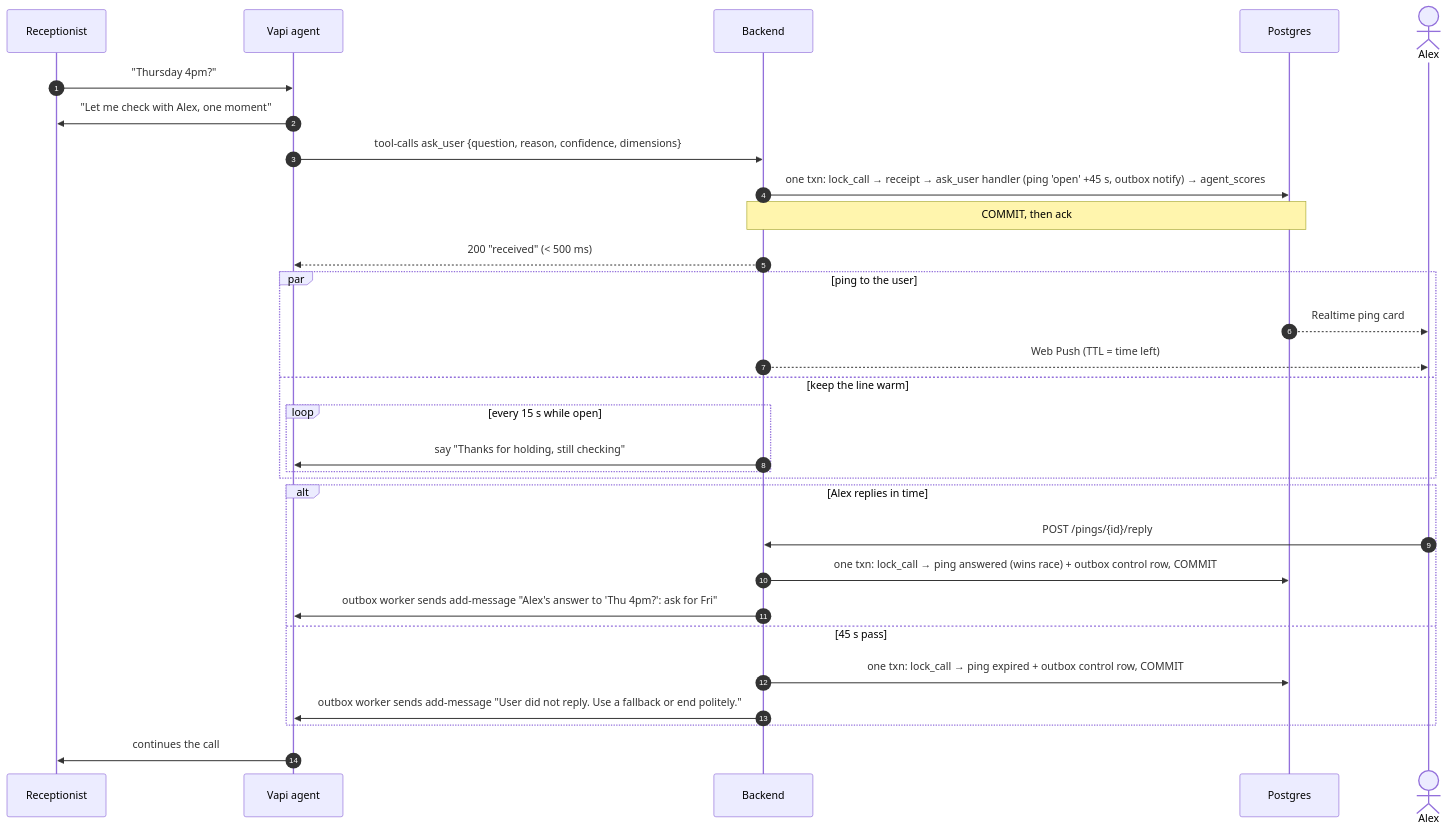
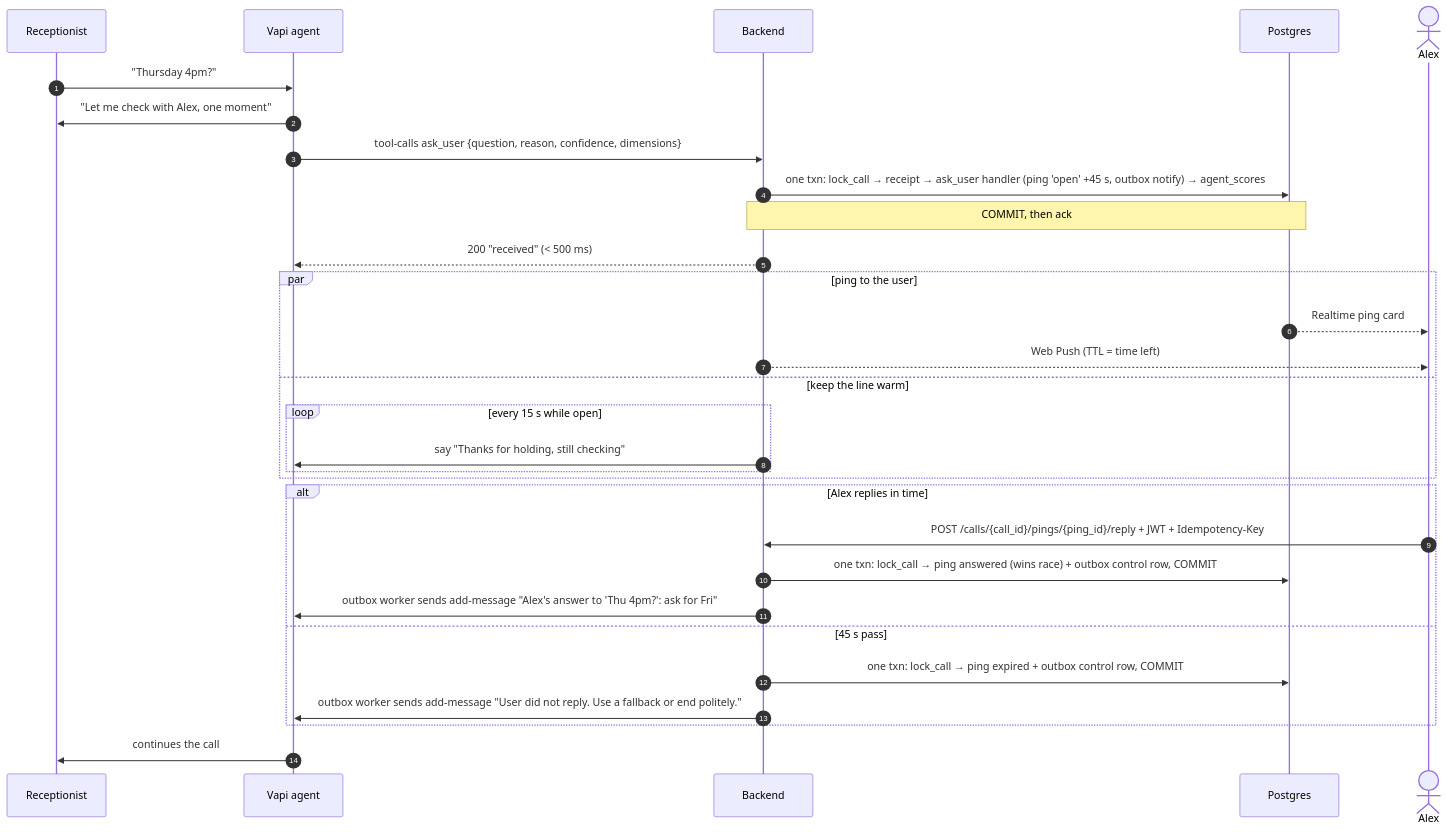
The fifth of 8 diagrams in docs/system-overview.md (cocoleunghokei/nu-outbound-call-agent), drawn with Mermaid before and after one commit. The commit also changed other lines of this file, not shown here.

Commit message:
docs: fix system overview routes, planned-package markers and ingress flow

````diff
--- a/docs/system-overview.md
+++ b/docs/system-overview.md
@@ -308,32 +327,32 @@
 ```mermaid
 sequenceDiagram
   autonumber
   participant R as Receptionist
   participant V as Vapi agent
   participant B as Backend
   participant DB as Postgres
   actor U as Alex
   R->>V: "Thursday 4pm?"
   V->>R: "Let me check with Alex, one moment"
   V->>B: tool-calls ask_user {question, reason, confidence, dimensions}
   B->>DB: one txn: lock_call → receipt → ask_user handler (ping 'open' +45 s, outbox notify) → agent_scores
   Note over B,DB: COMMIT, then ack
   B-->>V: 200 "received" (< 500 ms)
   par ping to the user
     DB-->>U: Realtime ping card
     B-->>U: Web Push (TTL = time left)
   and keep the line warm
     loop every 15 s while open
       B->>V: say "Thanks for holding, still checking"
     end
   end
   alt Alex replies in time
-    U->>B: POST /pings/{id}/reply
+    U->>B: POST /calls/{call_id}/pings/{ping_id}/reply + JWT + Idempotency-Key
     B->>DB: one txn: lock_call → ping answered (wins race) + outbox control row, COMMIT
     B->>V: outbox worker sends add-message "Alex's answer to 'Thu 4pm?': ask for Fri"
   else 45 s pass
     B->>DB: one txn: lock_call → ping expired + outbox control row, COMMIT
     B->>V: outbox worker sends add-message "User did not reply. Use a fallback or end politely."
   end
   V->>R: continues the call
 ```
````
